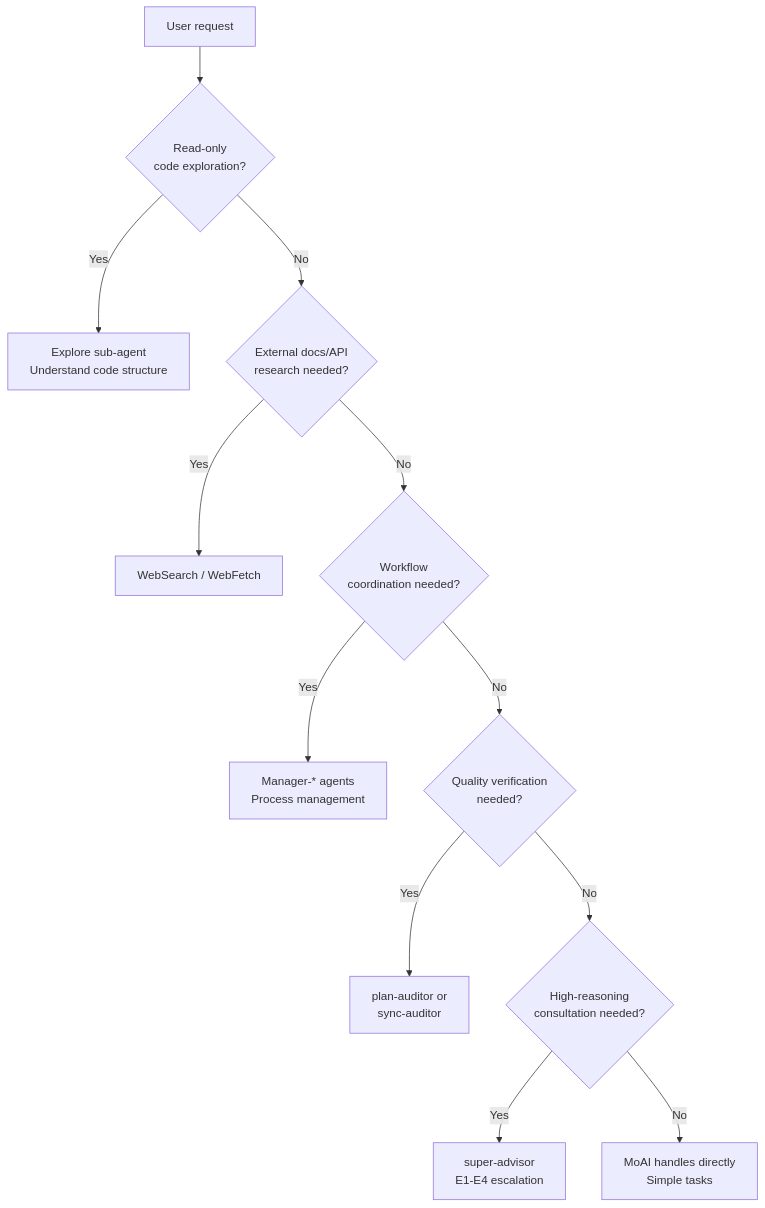
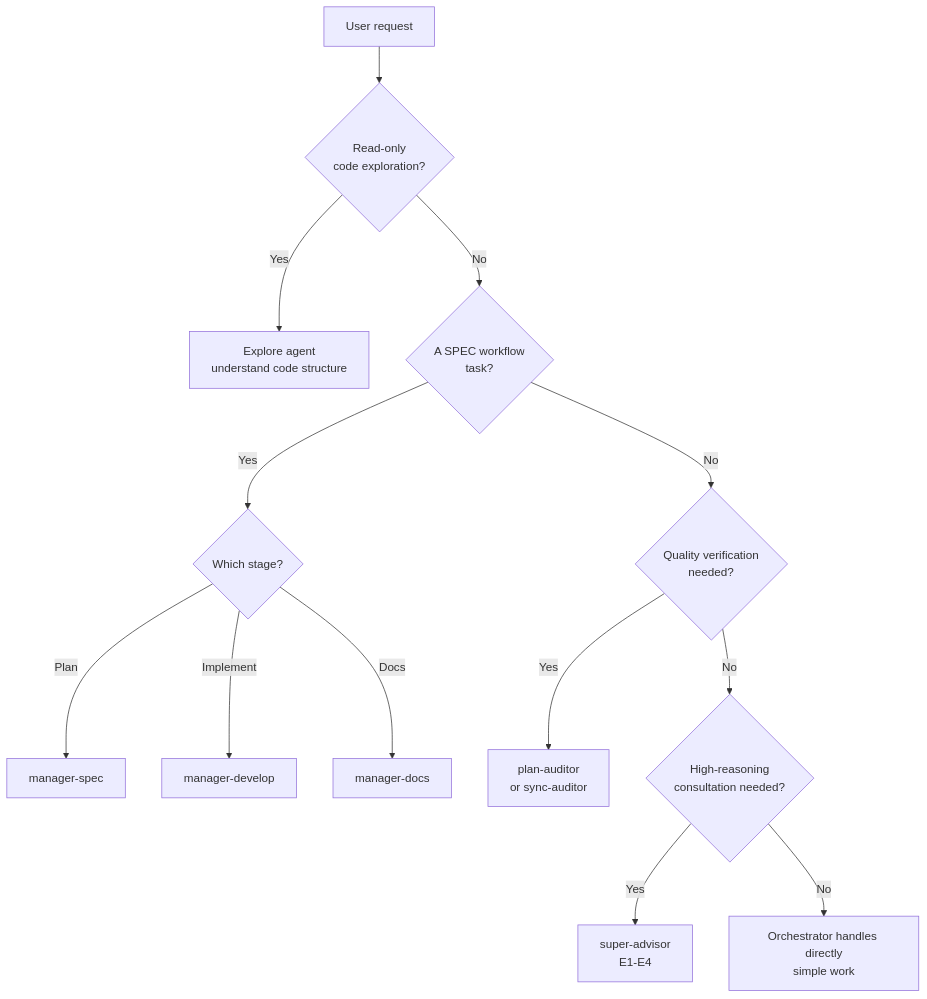
Before and after one commit to modu-ai/moai-adk: the second of 4 diagrams in docs-site/content/en/advanced/agent-guide.md, drawn with Mermaid. The commit also changed other lines of this file and 2 other files, not shown here.

First line of the commit message:
docs(SPEC-DOCS-HEADING-PARITY-001): M4 agent-guide fold 30→22 to ko structure (card t1328)

````diff
--- a/docs-site/content/en/advanced/agent-guide.md
+++ b/docs-site/content/en/advanced/agent-guide.md
@@ -111,19 +131,15 @@
 ```mermaid
 flowchart TD
-    START[User request] --> Q1{Read-only<br>code exploration?}
-
-    Q1 -->|Yes| EXPLORE["Explore sub-agent<br>Understand code structure"]
-    Q1 -->|No| Q2{External docs/API<br>research needed?}
-
-    Q2 -->|Yes| WEB["WebSearch / WebFetch"]
-    Q2 -->|No| Q3{Workflow<br>coordination needed?}
-
-    Q3 -->|Yes| MANAGER["Manager-* agents<br>Process management"]
-    Q3 -->|No| Q4{Quality verification<br>needed?}
-
-    Q4 -->|Yes| EVAL["plan-auditor or<br>sync-auditor"]
-    Q4 -->|No| Q5{High-reasoning<br>consultation needed?}
-
-    Q5 -->|Yes| ADVISOR["super-advisor<br>E1-E4 escalation"]
-    Q5 -->|No| DIRECT["MoAI handles directly<br>Simple tasks"]
+    START["User request"] --> Q1{"Read-only<br>code exploration?"}
+    Q1 -->|"Yes"| EXPLORE["Explore agent<br>understand code structure"]
+    Q1 -->|"No"| Q2{"A SPEC workflow<br>task?"}
+    Q2 -->|"Yes"| Q3{"Which stage?"}
+    Q3 -->|"Plan"| SPEC["manager-spec"]
+    Q3 -->|"Implement"| DEV["manager-develop"]
+    Q3 -->|"Docs"| DOCS["manager-docs"]
+    Q2 -->|"No"| Q4{"Quality verification<br>needed?"}
+    Q4 -->|"Yes"| EV["plan-auditor<br>or sync-auditor"]
+    Q4 -->|"No"| Q5{"High-reasoning<br>consultation needed?"}
+    Q5 -->|"Yes"| ADV["super-advisor<br>E1-E4"]
+    Q5 -->|"No"| DIRECT["Orchestrator handles directly<br>simple work"]
 ```
````
